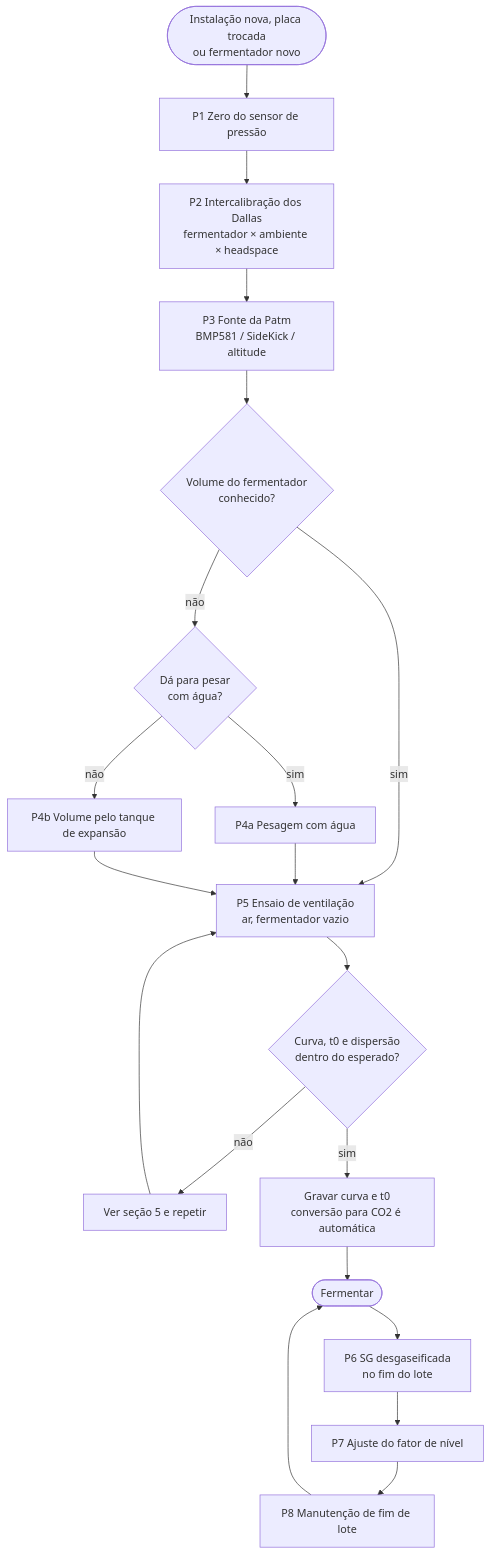
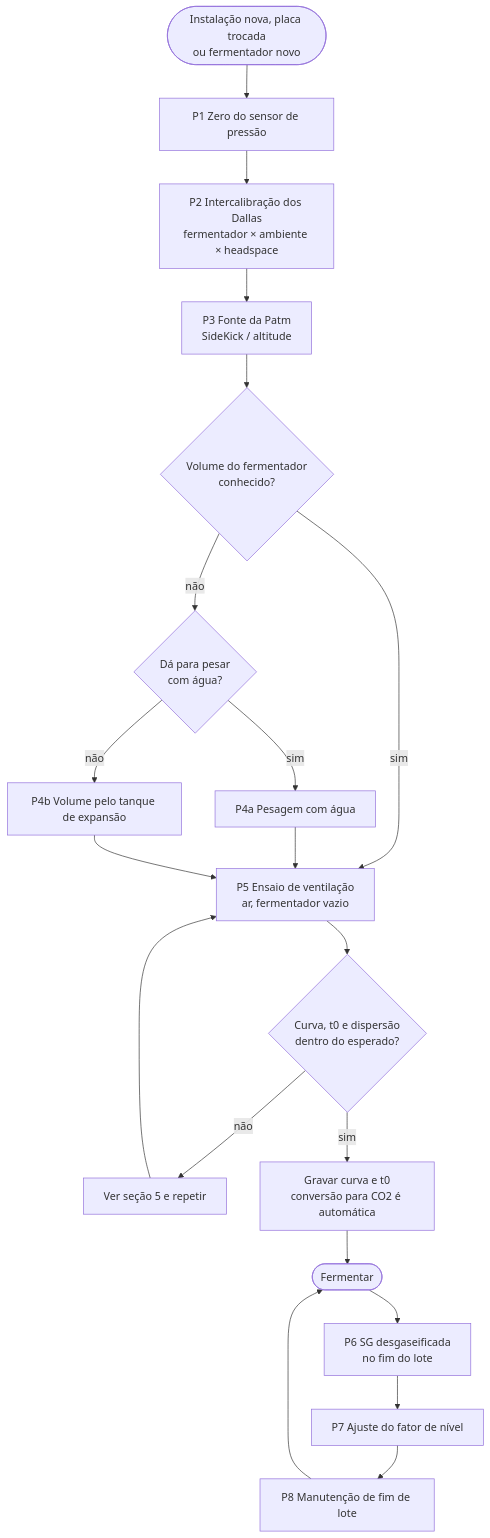
The first of 2 diagrams in Povoto/docs/manual-calibracao-manutencao.md (luciofialho/GambainoProg), drawn with Mermaid before and after one commit. The commit also changed other lines of this file and 14 other files, not shown here.

````diff
--- a/Povoto/docs/manual-calibracao-manutencao.md
+++ b/Povoto/docs/manual-calibracao-manutencao.md
@@ -40,22 +40,22 @@
 ```mermaid
 flowchart TD
     A([Instalação nova, placa trocada<br/>ou fermentador novo]) --> B[P1 Zero do sensor de pressão]
     B --> C[P2 Intercalibração dos Dallas<br/>fermentador × ambiente × headspace]
-    C --> D[P3 Fonte da Patm<br/>BMP581 / SideKick / altitude]
+    C --> D[P3 Fonte da Patm<br/>SideKick / altitude]
     D --> E{Volume do fermentador<br/>conhecido?}
     E -- não --> F{Dá para pesar<br/>com água?}
     F -- sim --> G[P4a Pesagem com água]
     F -- não --> H[P4b Volume pelo tanque de expansão]
     E -- sim --> K
     G --> K
     H --> K
     K[P5 Ensaio de ventilação<br/>ar, fermentador vazio] --> L{Curva, t0 e dispersão<br/>dentro do esperado?}
     L -- não --> M[Ver seção 5 e repetir]
     M --> K
     L -- sim --> N[Gravar curva e t0<br/>conversão para CO2 é automática]
     N --> O([Fermentar])
     O --> P[P6 SG desgaseificada<br/>no fim do lote]
     P --> Q[P7 Ajuste do fator de nível]
     Q --> R[P8 Manutenção de fim de lote]
     R --> O
 ```
````
